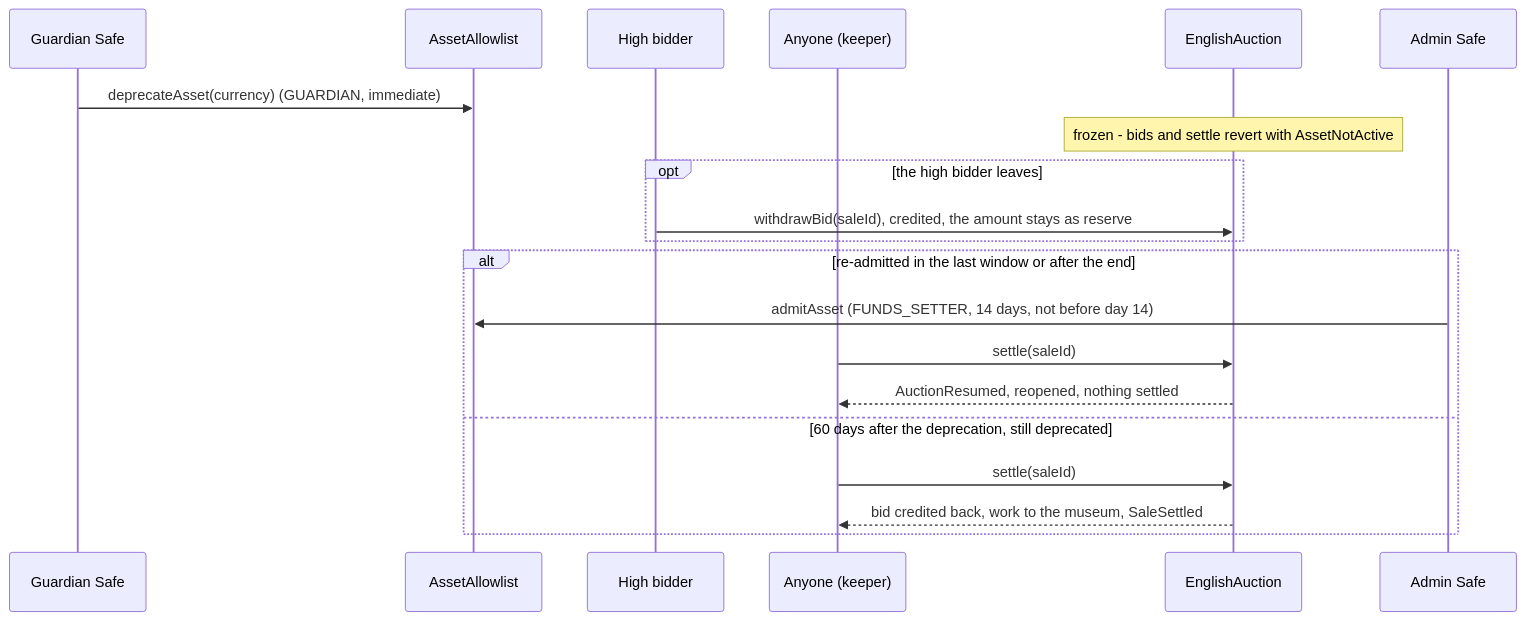
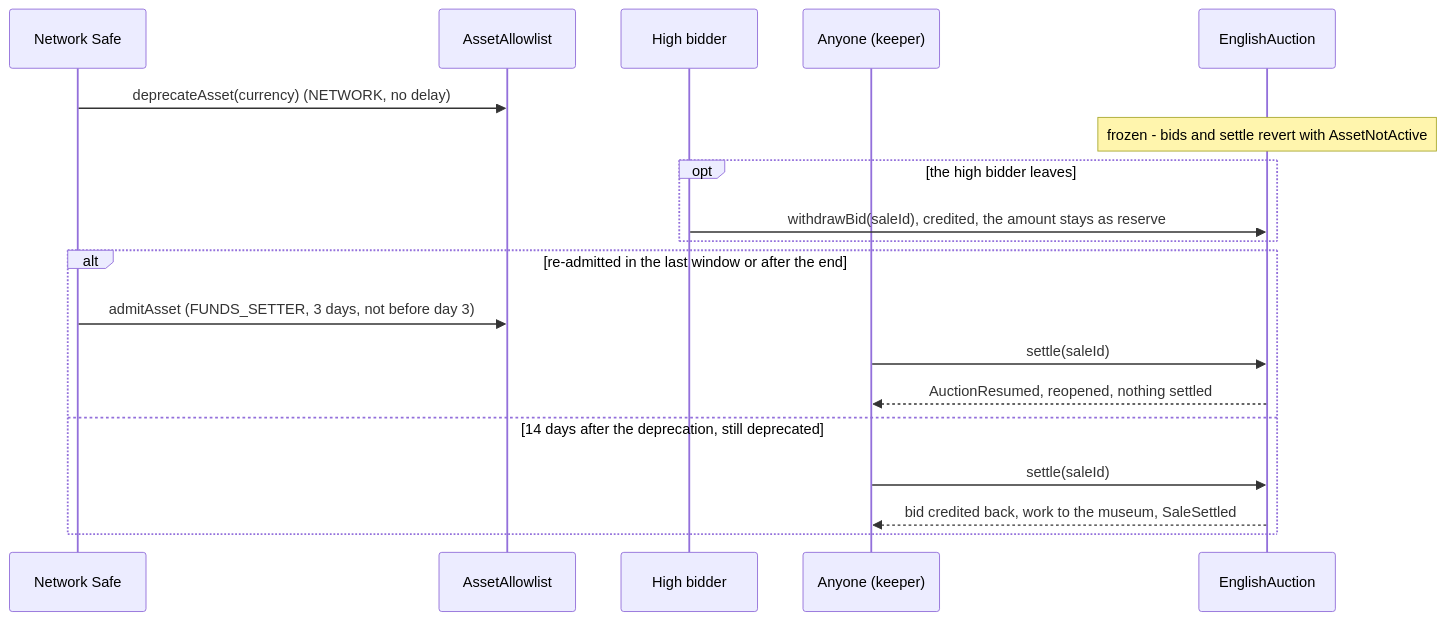
One commit to 6529-Collections/6529-works changed the ninth of 13 diagrams in docs/spec/stream-and-auctions.md. Above: the diagram before and after it, drawn with Mermaid. The commit also changed other lines of this file and 352 other files, not shown here.

````diff
--- a/docs/spec/stream-and-auctions.md
+++ b/docs/spec/stream-and-auctions.md
@@ -735,22 +736,21 @@
 ```mermaid
 sequenceDiagram
-    participant Guardian as Guardian Safe
+    participant Network as Network Safe
     participant Allowlist as AssetAllowlist
     participant Bidder as High bidder
     participant Keeper as Anyone (keeper)
     participant Auction as EnglishAuction
-    participant Admin as Admin Safe
-    Guardian->>Allowlist: deprecateAsset(currency) (GUARDIAN, immediate)
+    Network->>Allowlist: deprecateAsset(currency) (NETWORK, no delay)
     Note over Auction: frozen - bids and settle revert with AssetNotActive
     opt the high bidder leaves
         Bidder->>Auction: withdrawBid(saleId), credited, the amount stays as reserve
     end
     alt re-admitted in the last window or after the end
-        Admin->>Allowlist: admitAsset (FUNDS_SETTER, 14 days, not before day 14)
+        Network->>Allowlist: admitAsset (FUNDS_SETTER, 3 days, not before day 3)
         Keeper->>Auction: settle(saleId)
         Auction-->>Keeper: AuctionResumed, reopened, nothing settled
-    else 60 days after the deprecation, still deprecated
+    else 14 days after the deprecation, still deprecated
         Keeper->>Auction: settle(saleId)
         Auction-->>Keeper: bid credited back, work to the museum, SaleSettled
     end
 ```
````
